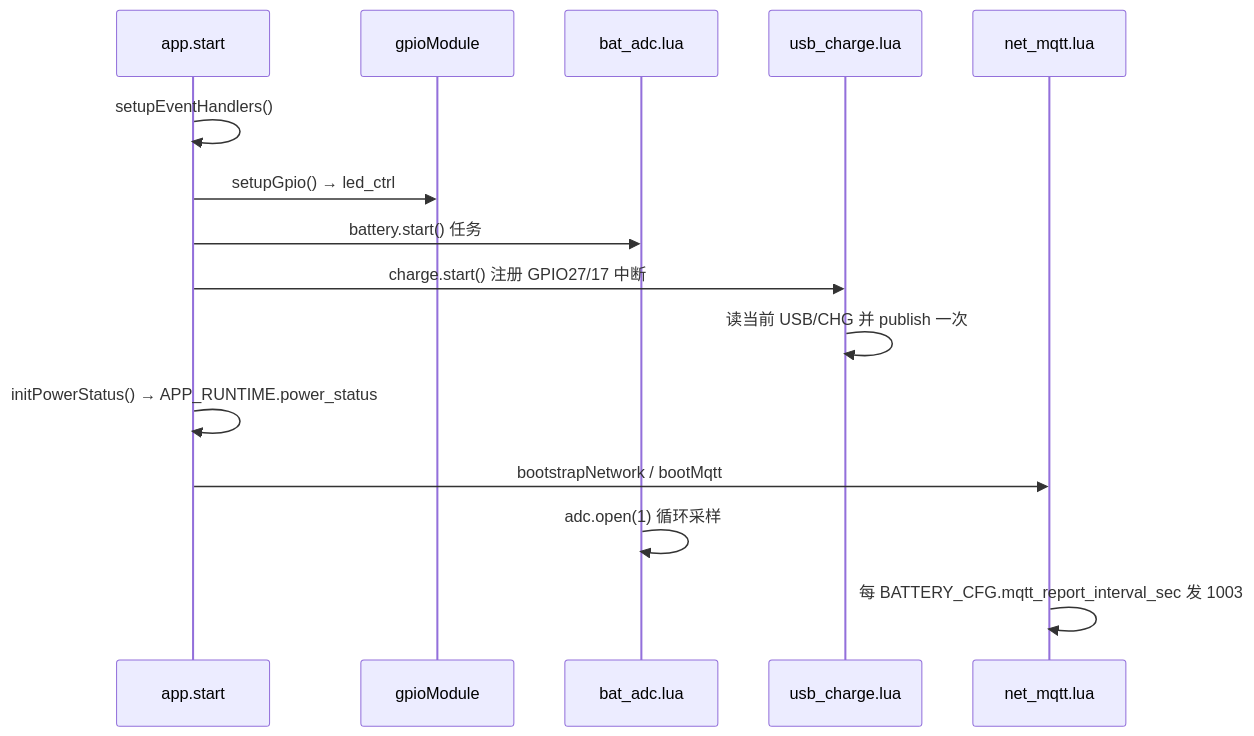
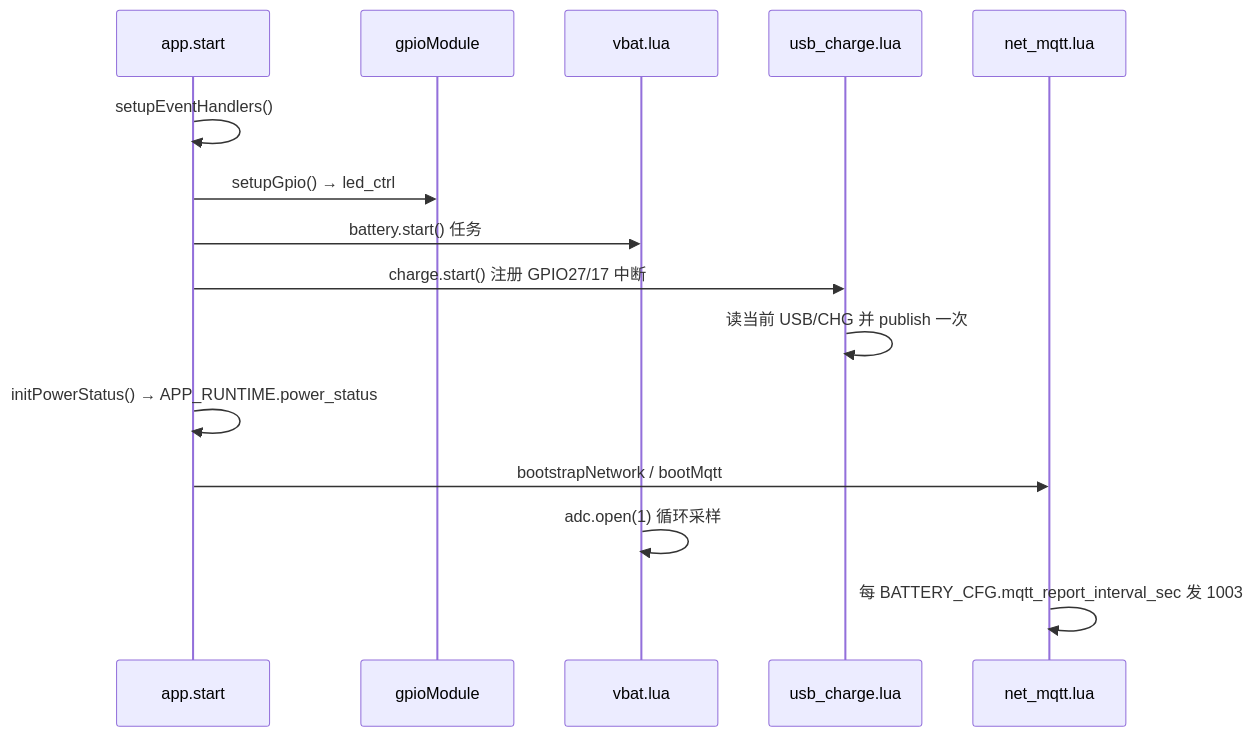
One commit to dzr1986/AIR780EHM changed the second of 4 diagrams in doc/CHARGE_BATTERY.md. Above: the diagram before and after it, drawn with Mermaid. The commit also changed other lines of this file and 54 other files, not shown here.

````diff
--- a/doc/CHARGE_BATTERY.md
+++ b/doc/CHARGE_BATTERY.md
@@ -156,18 +156,18 @@
 ```mermaid
 sequenceDiagram
     participant APP as app.start
     participant GPIO as gpioModule
-    participant BAT as bat_adc.lua
+    participant BAT as vbat.lua
     participant CHG as usb_charge.lua
     participant NET as net_mqtt.lua
 
     APP->>APP: setupEventHandlers()
     APP->>GPIO: setupGpio() → led_ctrl
     APP->>BAT: battery.start() 任务
     APP->>CHG: charge.start() 注册 GPIO27/17 中断
     CHG->>CHG: 读当前 USB/CHG 并 publish 一次
     APP->>APP: initPowerStatus() → APP_RUNTIME.power_status
     APP->>NET: bootstrapNetwork / bootMqtt
     BAT->>BAT: adc.open(1) 循环采样
     NET->>NET: 每 BATTERY_CFG.mqtt_report_interval_sec 发 1003
 ```
````
